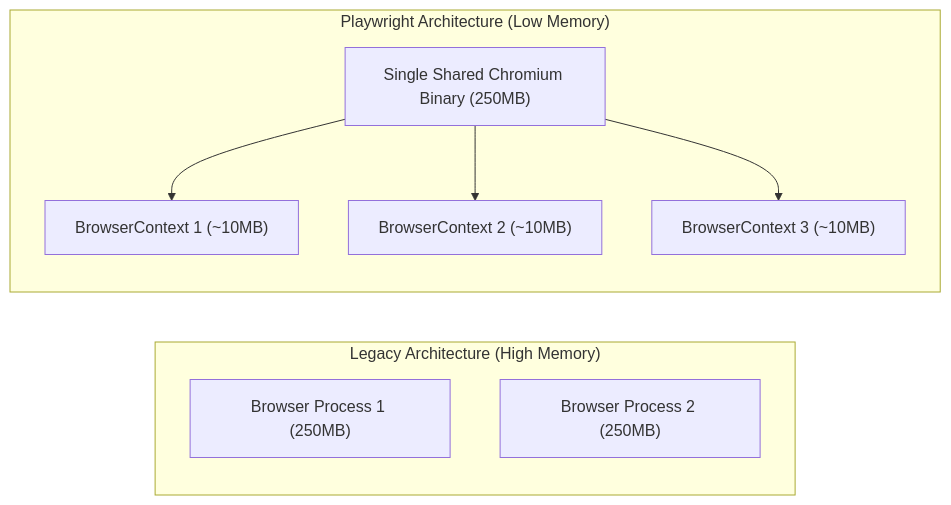
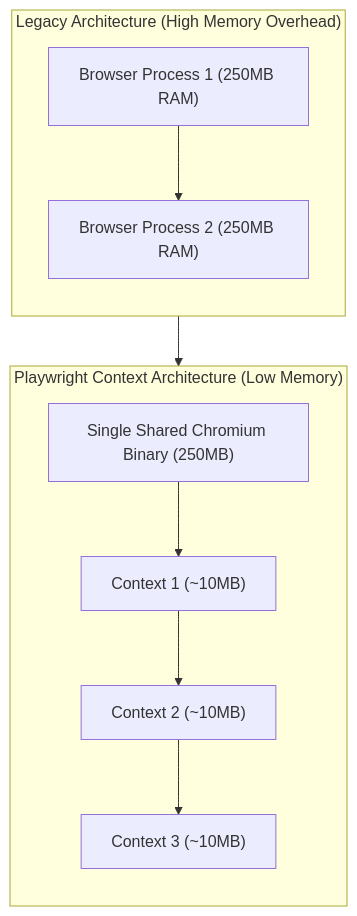
Before and after one commit to naimurhasan/naimurhasan.github.io: the second of 3 diagrams in _posts/2026-10-07-how-playwright-controls-chromium.md, drawn with Mermaid. The commit also changed other lines of this file and 28 other files, not shown here.

Commit message:
fix(blog): refactor all Mermaid diagrams to vertical legible layouts and restore in-body illustrations

````diff
--- a/_posts/2026-10-07-how-playwright-controls-chromium.md
+++ b/_posts/2026-10-07-how-playwright-controls-chromium.md
@@ -76,13 +63,14 @@
 ```mermaid
-flowchart LR
-  subgraph Legacy ["Legacy Architecture (High Memory)"]
-    S1["Browser Process 1 (250MB)"]
-    S2["Browser Process 2 (250MB)"]
+flowchart TD
+  subgraph L ["Legacy Architecture (High Memory Overhead)"]
+    direction TB
+    S1["Browser Process 1 (250MB RAM)"] --> S2["Browser Process 2 (250MB RAM)"]
   end
-
-  subgraph Modern ["Playwright Architecture (Low Memory)"]
-    P["Single Shared Chromium Binary (250MB)"] --> C1["BrowserContext 1 (~10MB)"]
-    P --> C2["BrowserContext 2 (~10MB)"]
-    P --> C3["BrowserContext 3 (~10MB)"]
+  subgraph M ["Playwright Context Architecture (Low Memory)"]
+    direction TB
+    P["Single Shared Chromium Binary (250MB)"] --> C1["Context 1 (~10MB)"]
+    C1 --> C2["Context 2 (~10MB)"]
+    C2 --> C3["Context 3 (~10MB)"]
   end
+  L --> M
 ```
````
